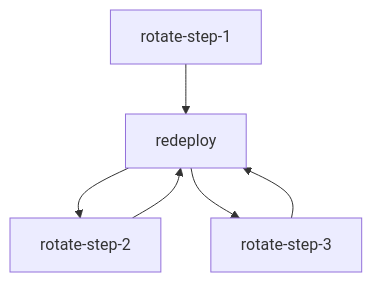
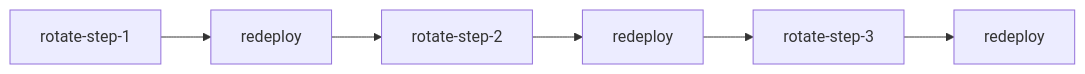
Before and after one commit to cloudfoundry/cf-deployment-concourse-tasks: the diagram in README.md, drawn with Mermaid.

Commit message:
Fix Mermaid chart

````diff
--- a/README.md
+++ b/README.md
@@ -153,4 +153,9 @@
 ```mermaid
-graph TD;
-    rotate-step-1-->redeploy-->rotate-step-2-->redeploy-->rotate-step-3-->redeploy;
+flowchart LR;
+    A[rotate-step-1] --> B;
+    B[redeploy] --> C;
+    C[rotate-step-2] --> D;
+    D[redeploy] --> E;
+    E[rotate-step-3] --> F;
+    F[redeploy];
 ```
````
